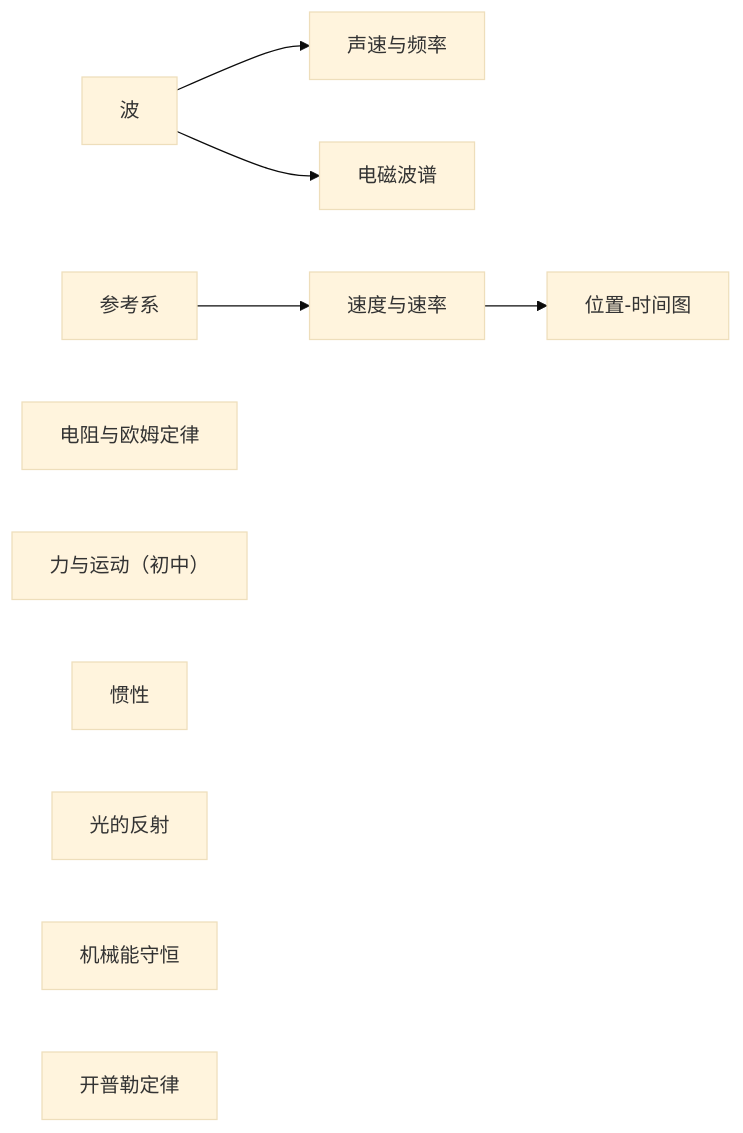
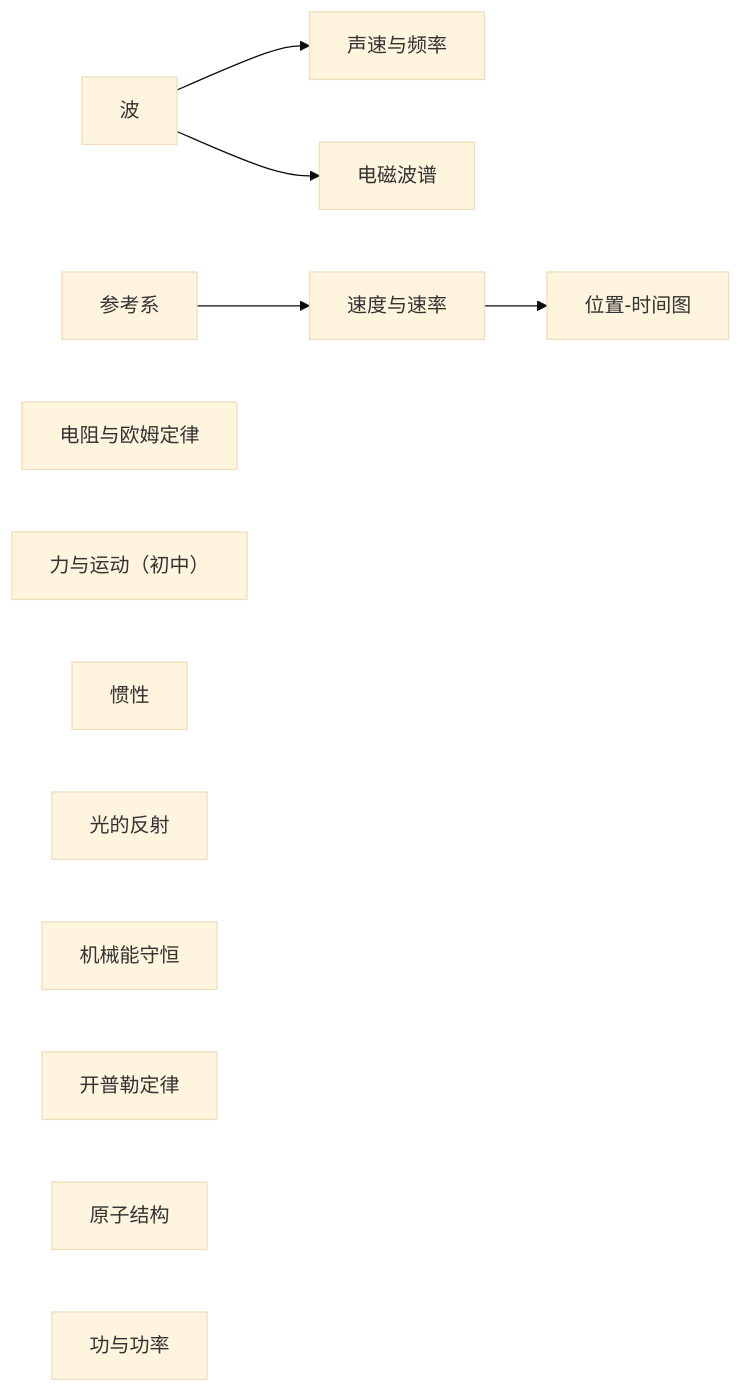
Before and after one commit to hpleapfrog/Scholia: the first of 2 diagrams in knowledge/物理/README.md, drawn with Mermaid (base theme). The commit also changed other lines of this file and 9 other files, not shown here.

````diff
--- a/knowledge/物理/README.md
+++ b/knowledge/物理/README.md
@@ -5,12 +5,14 @@
 ```mermaid
 graph LR
   W["波"] --> A["声速与频率"]
   W --> M["电磁波谱"]
   F["参考系"] --> S["速度与速率"] --> P["位置-时间图"]
   R["电阻与欧姆定律"]
   N["力与运动（初中）"]
   I["惯性"]
   L["光的反射"]
   E["机械能守恒"]
   K["开普勒定律"]
+  AT["原子结构"]
+  WP["功与功率"]
 ```
````
